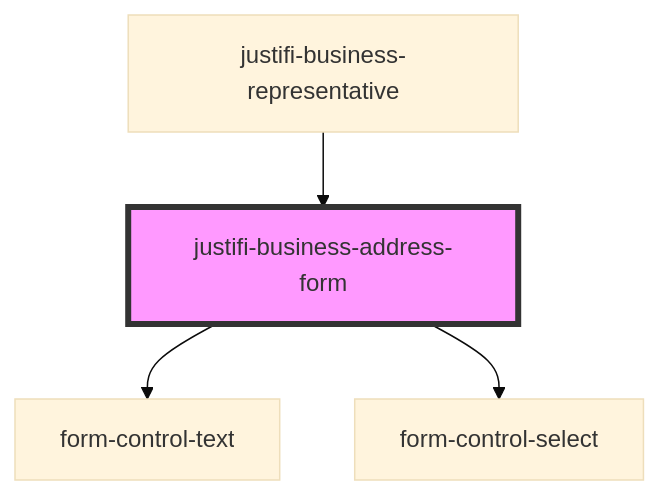
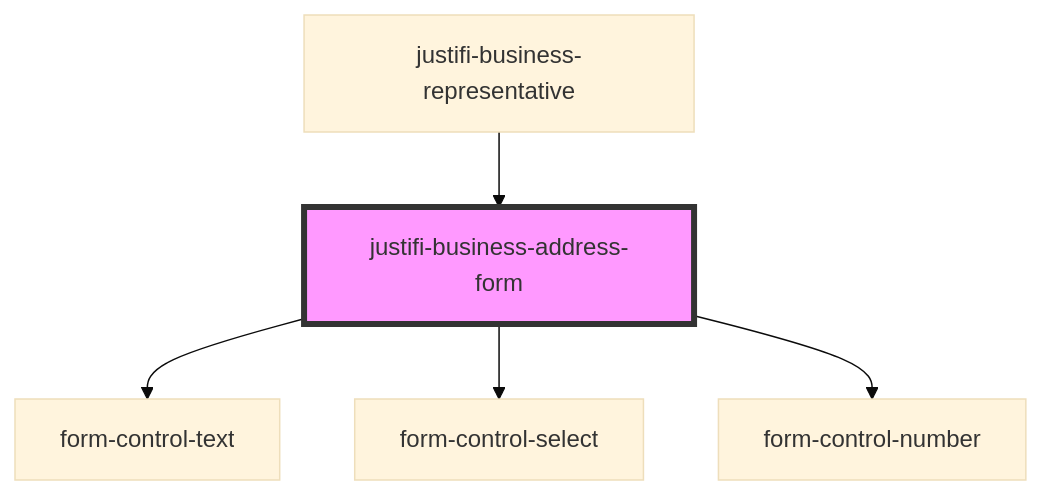
Before and after one commit to justifi-tech/web-component-library: the diagram in stencil-library/src/components/business-form/business-address/readme.md, drawn with Mermaid (base theme). The commit also changed other lines of this file and 18 other files, not shown here.

````diff
--- a/stencil-library/src/components/business-form/business-address/readme.md
+++ b/stencil-library/src/components/business-form/business-address/readme.md
@@ -29,7 +30,8 @@
 ```mermaid
 graph TD;
   justifi-business-address-form --> form-control-text
   justifi-business-address-form --> form-control-select
+  justifi-business-address-form --> form-control-number
   justifi-business-representative --> justifi-business-address-form
   style justifi-business-address-form fill:#f9f,stroke:#333,stroke-width:4px
 ```
````
